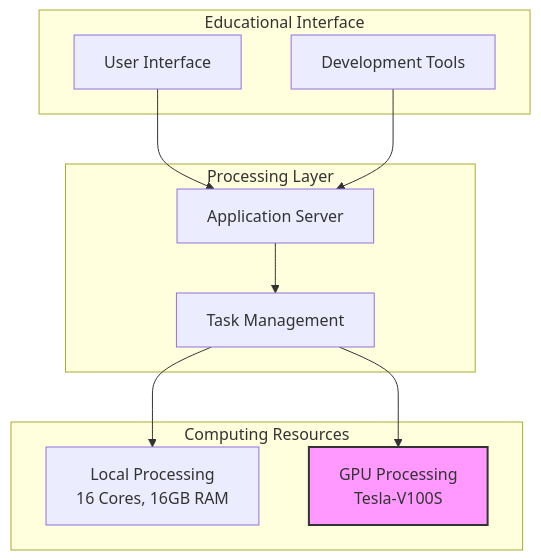
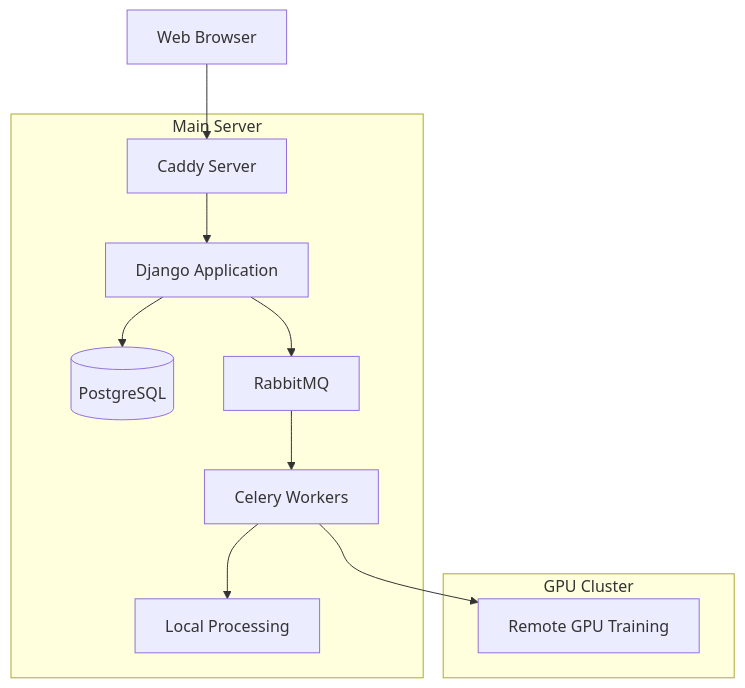
Before and after one commit to frontierbio-tech/frontierbio-tech.github.io: the second of 4 diagrams in test3.md, drawn with Mermaid. The commit also changed other lines of this file, not shown here.

````diff
--- a/test3.md
+++ b/test3.md
@@ -43,25 +61,23 @@
 ```mermaid
 graph TB
-    subgraph "Educational Interface"
-        UI[User Interface]
-        Tools[Development Tools]
+    Client[Web Browser] --> Caddy[Caddy Server]
+    Caddy --> Django[Django Application]
+    Django --> DB[(PostgreSQL)]
+    Django --> RMQ[RabbitMQ]
+    RMQ --> Celery[Celery Workers]
+    Celery --> LocalProcess[Local Processing]
+    Celery --> RemoteGPU[Remote GPU Training]
+    
+    subgraph "Main Server"
+        Caddy
+        Django
+        DB
+        RMQ
+        Celery
+        LocalProcess
     end
-
-    subgraph "Processing Layer"
-        App[Application Server]
-        Queue[Task Management]
+    
+    subgraph "GPU Cluster"
+        RemoteGPU
     end
-
-    subgraph "Computing Resources"
-        CPU[Local Processing<br/>16 Cores, 16GB RAM]
-        GPU[GPU Processing<br/>Tesla-V100S]
-    end
-
-    UI --> App
-    Tools --> App
-    App --> Queue
-    Queue --> CPU
-    Queue --> GPU
-
-    style GPU fill:#f9f,stroke:#333,stroke-width:2px
 ```
````
